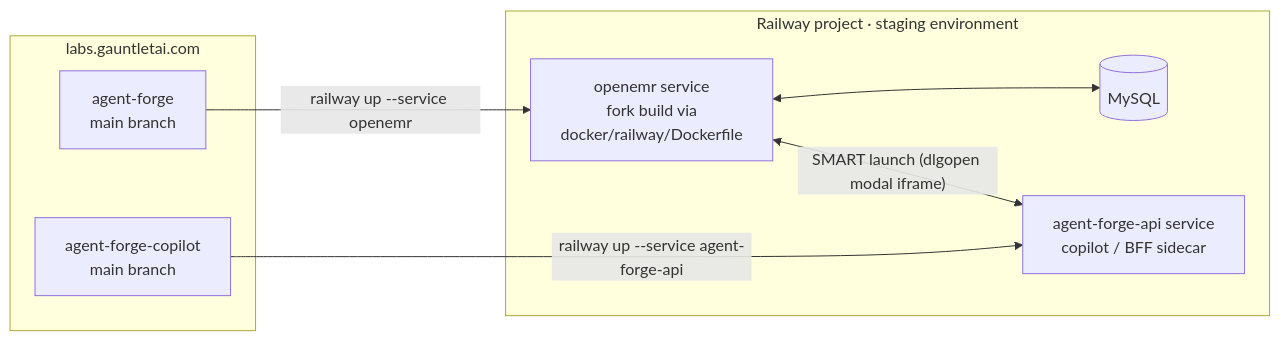
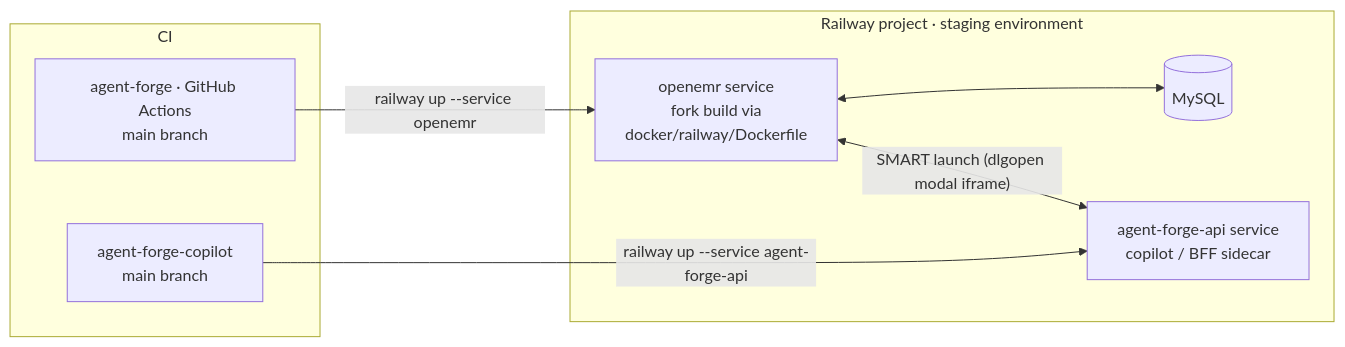
One commit to adammarquette/agent-forge changed the diagram in RAILWAY.md. Above: the diagram before and after it, drawn with Mermaid. The commit also changed other lines of this file and 9 other files, not shown here.

First line of the commit message:
chore(ci): retire the GitLab pipeline, rewrite the CI and deploy docs

````diff
--- a/RAILWAY.md
+++ b/RAILWAY.md
@@ -24,18 +25,18 @@
 ```mermaid
 flowchart LR
-    subgraph GitLab["labs.gauntletai.com"]
-        A[agent-forge<br/>main branch]
+    subgraph CI["CI"]
+        A[agent-forge · GitHub Actions<br/>main branch]
         B[agent-forge-copilot<br/>main branch]
     end
 
     subgraph Railway["Railway project · staging environment"]
         O[openemr service<br/>fork build via<br/>docker/railway/Dockerfile]
         M[(MySQL)]
         C[agent-forge-api service<br/>copilot / BFF sidecar]
     end
 
     A -- "railway up --service openemr" --> O
     B -- "railway up --service agent-forge-api" --> C
     O <--> M
     O <-- "SMART launch (dlgopen modal iframe)" --> C
 ```
````
